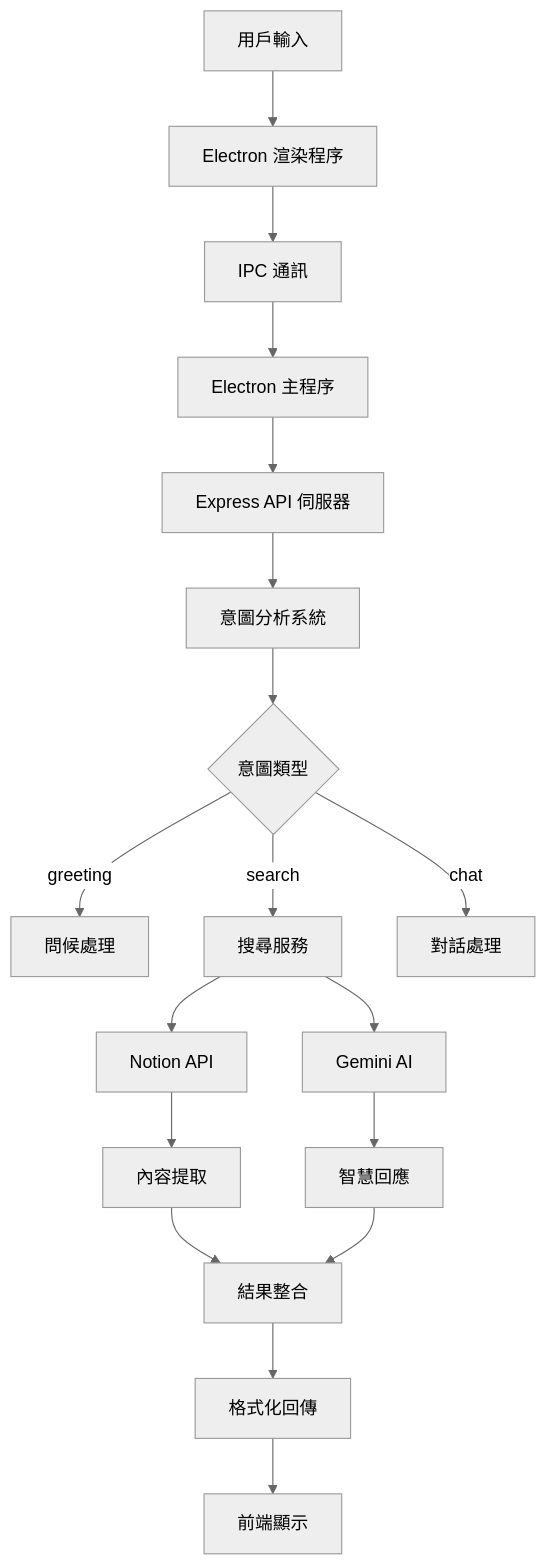
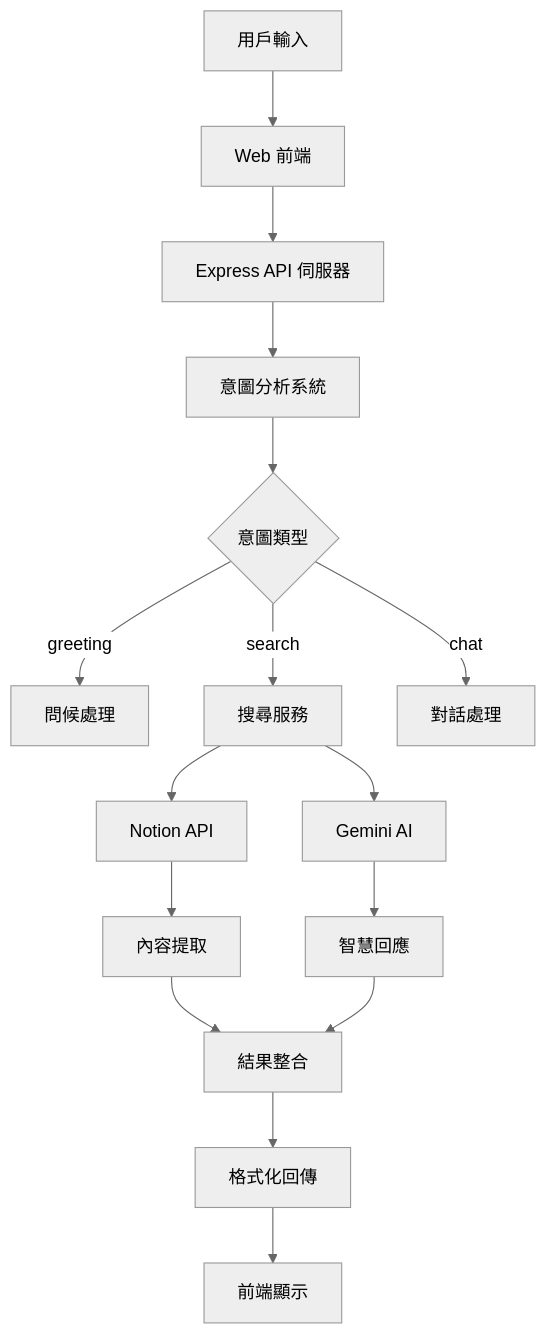
Before and after one commit to Qoo143/notion-chat-app: the diagram in README.md, drawn with Mermaid (neutral theme). The commit also changed other lines of this file and 5 other files, not shown here.

````diff
--- a/README.md
+++ b/README.md
@@ -34,20 +35,18 @@
 ```mermaid
 graph TB
-    A[用戶輸入] --> B[Electron 渲染程序]
-    B --> C[IPC 通訊]
-    C --> D[Electron 主程序]
-    D --> E[Express API 伺服器]
-    E --> F[意圖分析系統]
-    F --> G{意圖類型}
-    G -->|greeting| H[問候處理]
-    G -->|search| I[搜尋服務]
-    G -->|chat| J[對話處理]
-    I --> K[Notion API]
-    I --> L[Gemini AI]
-    K --> M[內容提取]
-    L --> N[智慧回應]
-    M --> O[結果整合]
-    N --> O
-    O --> P[格式化回傳]
-    P --> Q[前端顯示]
+    A[用戶輸入] --> B[Web 前端]
+    B --> C[Express API 伺服器]
+    C --> D[意圖分析系統]
+    D --> E{意圖類型}
+    E -->|greeting| F[問候處理]
+    E -->|search| G[搜尋服務]
+    E -->|chat| H[對話處理]
+    G --> I[Notion API]
+    G --> J[Gemini AI]
+    I --> K[內容提取]
+    J --> L[智慧回應]
+    K --> M[結果整合]
+    L --> M
+    M --> N[格式化回傳]
+    N --> O[前端顯示]
 ```
````
